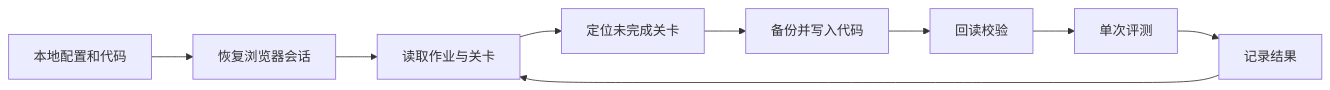
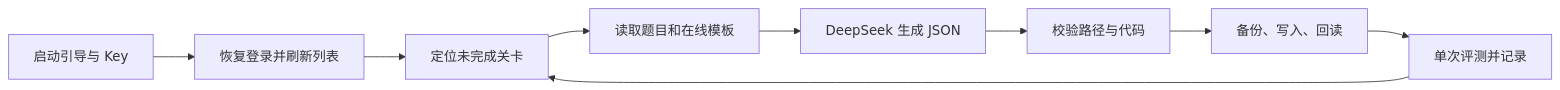
One commit to Zyandiel/EduCoder-AutoSubmit changed the diagram in docs/development.md. Above: the diagram before and after it, drawn with Mermaid. The commit also changed other lines of this file and 37 other files, not shown here.

Commit message:
Add DeepSeek automatic solving and release v0.3.0

````diff
--- a/docs/development.md
+++ b/docs/development.md
@@ -19,11 +19,11 @@
 ```mermaid
 flowchart LR
-    A[本地配置和代码] --> B[恢复浏览器会话]
-    B --> C[读取作业与关卡]
-    C --> D[定位未完成关卡]
-    D --> E[备份并写入代码]
-    E --> F[回读校验]
-    F --> G[单次评测]
-    G --> H[记录结果]
+    A[启动引导与 Key] --> B[恢复登录并刷新列表]
+    B --> C[定位未完成关卡]
+    C --> D[读取题目和在线模板]
+    D --> E[DeepSeek 生成 JSON]
+    E --> F[校验路径与代码]
+    F --> G[备份、写入、回读]
+    G --> H[单次评测并记录]
     H --> C
 ```
````
